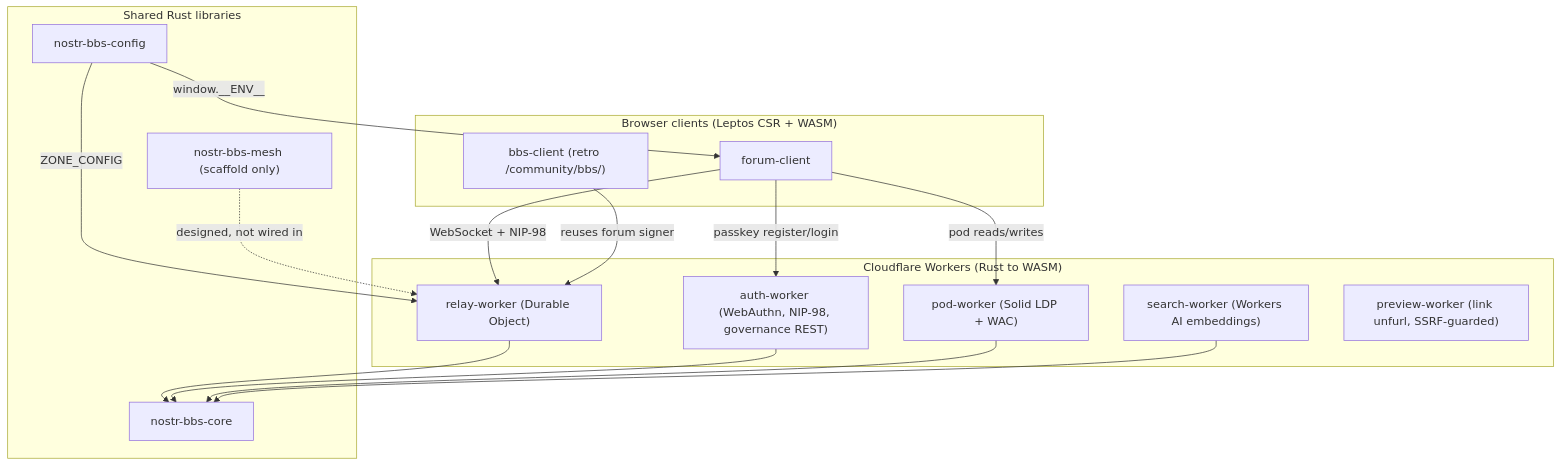
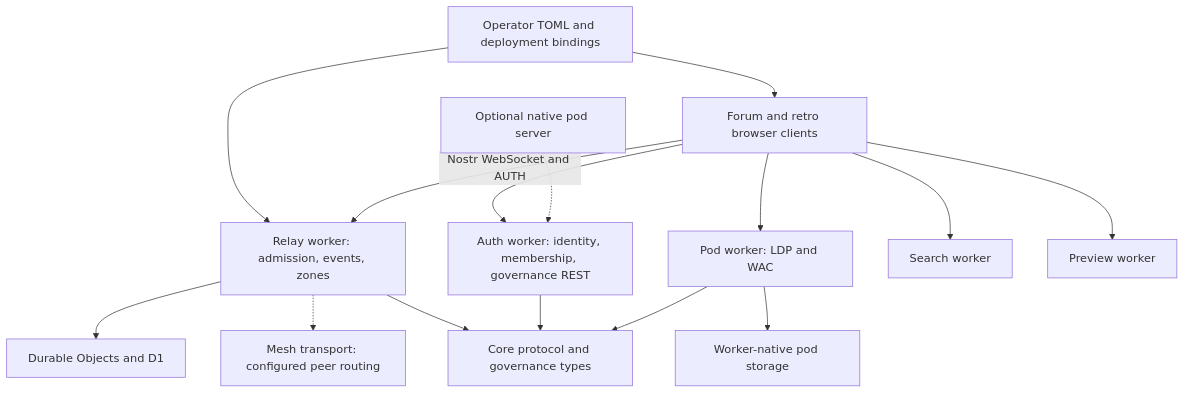
Before and after one commit to DreamLab-AI/nostr-rust-forum: the first of 2 diagrams in README.md, drawn with Mermaid. The commit also changed other lines of this file, not shown here.

````diff
--- a/README.md
+++ b/README.md
@@ -217,30 +48,17 @@
 ```mermaid
-flowchart TD
-    subgraph clients["Browser clients (Leptos CSR + WASM)"]
-        FC["forum-client"]
-        BBS["bbs-client (retro /community/bbs/)"]
-    end
-    subgraph edge["Cloudflare Workers (Rust to WASM)"]
-        RELAY["relay-worker (Durable Object)"]
-        AUTH["auth-worker (WebAuthn, NIP-98, governance REST)"]
-        POD["pod-worker (Solid LDP + WAC)"]
-        SEARCH["search-worker (Workers AI embeddings)"]
-        PREVIEW["preview-worker (link unfurl, SSRF-guarded)"]
-    end
-    subgraph libs["Shared Rust libraries"]
-        CORE["nostr-bbs-core"]
-        CONFIG["nostr-bbs-config"]
-        MESH["nostr-bbs-mesh (scaffold only)"]
-    end
-    FC -->|"WebSocket + NIP-98"| RELAY
-    FC -->|"passkey register/login"| AUTH
-    FC -->|"pod reads/writes"| POD
-    BBS -->|"reuses forum signer"| RELAY
-    RELAY --> CORE
+flowchart TB
+    CONFIG["Operator TOML and deployment bindings"] --> CLIENTS["Forum and retro browser clients"]
+    CONFIG --> RELAY["Relay worker: admission, events, zones"]
+    CLIENTS -->|"Nostr WebSocket and AUTH"| RELAY
+    CLIENTS --> AUTH["Auth worker: identity, membership, governance REST"]
+    CLIENTS --> POD["Pod worker: LDP and WAC"]
+    CLIENTS --> SEARCH["Search worker"]
+    CLIENTS --> PREVIEW["Preview worker"]
+    RELAY --> CORE["Core protocol and governance types"]
     AUTH --> CORE
     POD --> CORE
-    SEARCH --> CORE
-    CONFIG -->|"ZONE_CONFIG"| RELAY
-    CONFIG -->|"window.__ENV__"| FC
-    MESH -.->|"designed, not wired in"| RELAY
+    RELAY -.-> MESH["Mesh transport: configured peer routing"]
+    RELAY --> DB["Durable Objects and D1"]
+    POD --> R2["Worker-native pod storage"]
+    NATIVE["Optional native pod server"] -.-> AUTH
 ```
````
